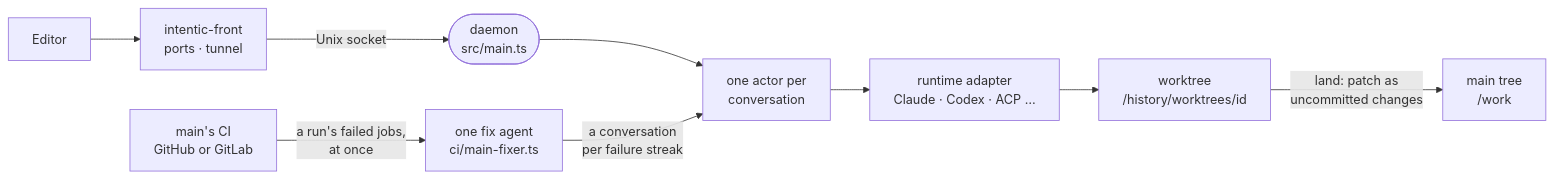
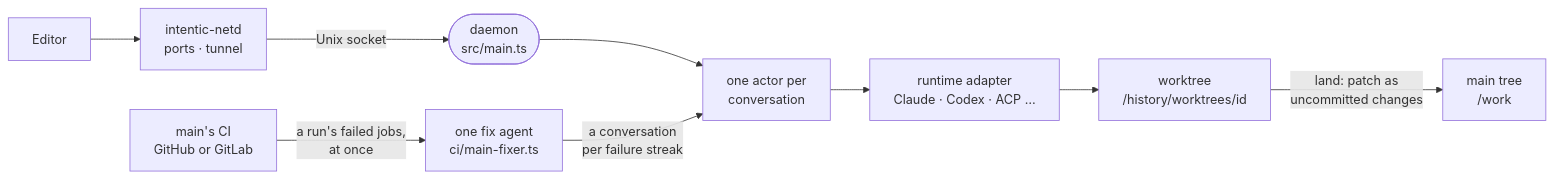
Before and after one commit to intentic/intentic: the diagram in docs/architecture/sandbox.md, drawn with Mermaid. The commit also changed other lines of this file and 248 other files, not shown here.

First line of the commit message:
feat(sandbox)!: replace front with netd and drop front-wire

````diff
--- a/docs/architecture/sandbox.md
+++ b/docs/architecture/sandbox.md
@@ -5,11 +5,11 @@
 ```mermaid
 flowchart LR
-    editor["Editor"] --> front["intentic-front<br/>ports · tunnel"]
-    front -->|"Unix socket"| daemon(["daemon<br/>src/main.ts"])
+    editor["Editor"] --> netd["intentic-netd<br/>ports · tunnel"]
+    netd -->|"Unix socket"| daemon(["daemon<br/>src/main.ts"])
     daemon --> actor["one actor per<br/>conversation"]
     actor --> runtime["runtime adapter<br/>Claude · Codex · ACP …"]
     runtime --> wt["worktree<br/>/history/worktrees/id"]
     wt -->|"land: patch as<br/>uncommitted changes"| main["main tree<br/>/work"]
     ci["main's CI<br/>GitHub or GitLab"] -->|"a run's failed jobs,<br/>at once"| fixer["one fix agent<br/>ci/main-fixer.ts"]
     fixer -->|"a conversation<br/>per failure streak"| actor
 ```
````
